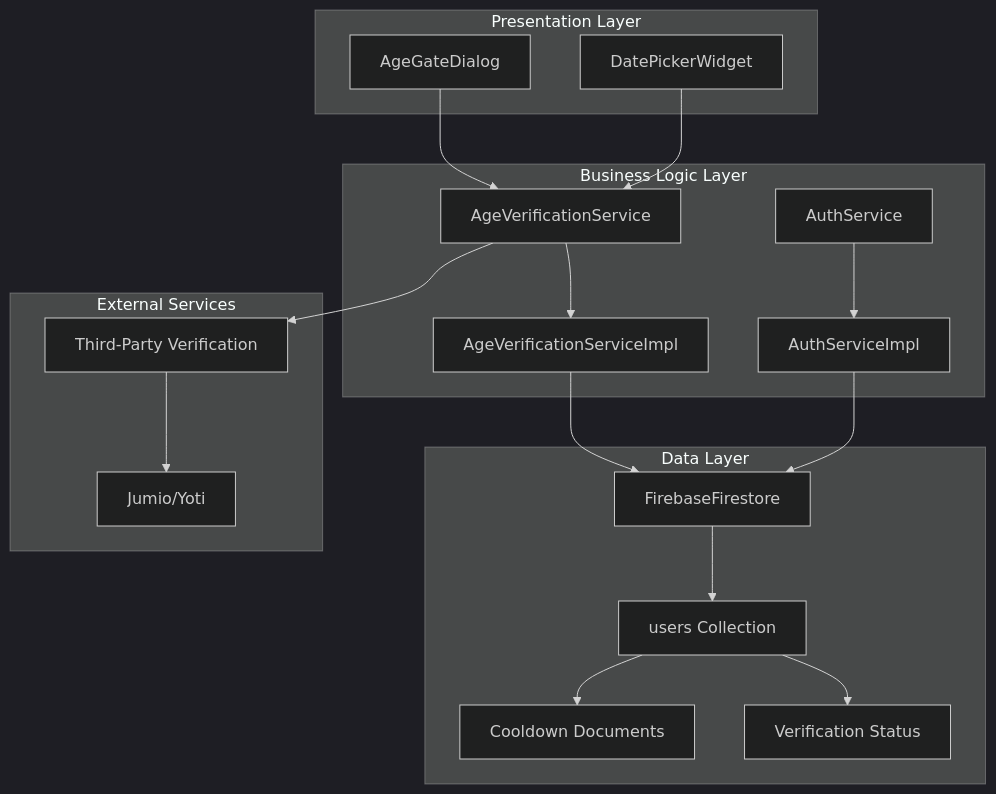
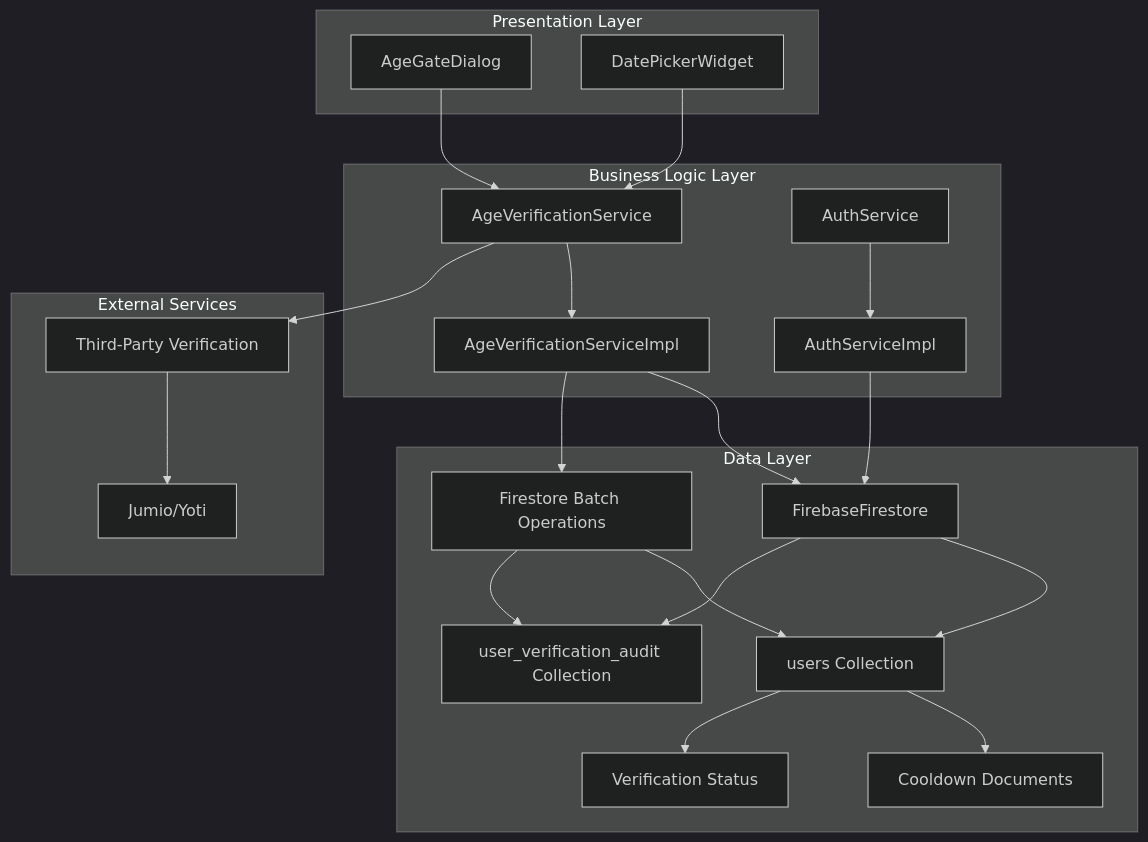
The first of 10 diagrams in .qoder/repowiki/en/content/Core Services/Age Verification Service.md (JAaron93/StyleSync), drawn with Mermaid (dark theme) before and after one commit. The commit also changed other lines of this file and 36 other files, not shown here.

````diff
--- a/.qoder/repowiki/en/content/Core Services/Age Verification Service.md
+++ b/.qoder/repowiki/en/content/Core Services/Age Verification Service.md
@@ -38,34 +48,40 @@
 ```mermaid
 graph TB
 subgraph "Presentation Layer"
 AGD[AgeGateDialog]
 DPW[DatePickerWidget]
 end
 subgraph "Business Logic Layer"
 AVS[AgeVerificationService]
 AVSI[AgeVerificationServiceImpl]
 AS[AuthService]
 ASI[AuthServiceImpl]
 end
 subgraph "Data Layer"
 FS[FirebaseFirestore]
 US[users Collection]
 CO[Cooldown Documents]
 VER[Verification Status]
+AUDIT[user_verification_audit Collection]
+BATCH[Firestore Batch Operations]
 end
 subgraph "External Services"
 TPV[Third-Party Verification]
 JUMIO[Jumio/Yoti]
 end
 AGD --> AVS
 DPW --> AVS
 AVS --> AVSI
 AS --> ASI
 AVSI --> FS
 ASI --> FS
 FS --> US
+FS --> AUDIT
 US --> CO
 US --> VER
 AVS --> TPV
 TPV --> JUMIO
+AVSI --> BATCH
+BATCH --> US
+BATCH --> AUDIT
 ```
````
